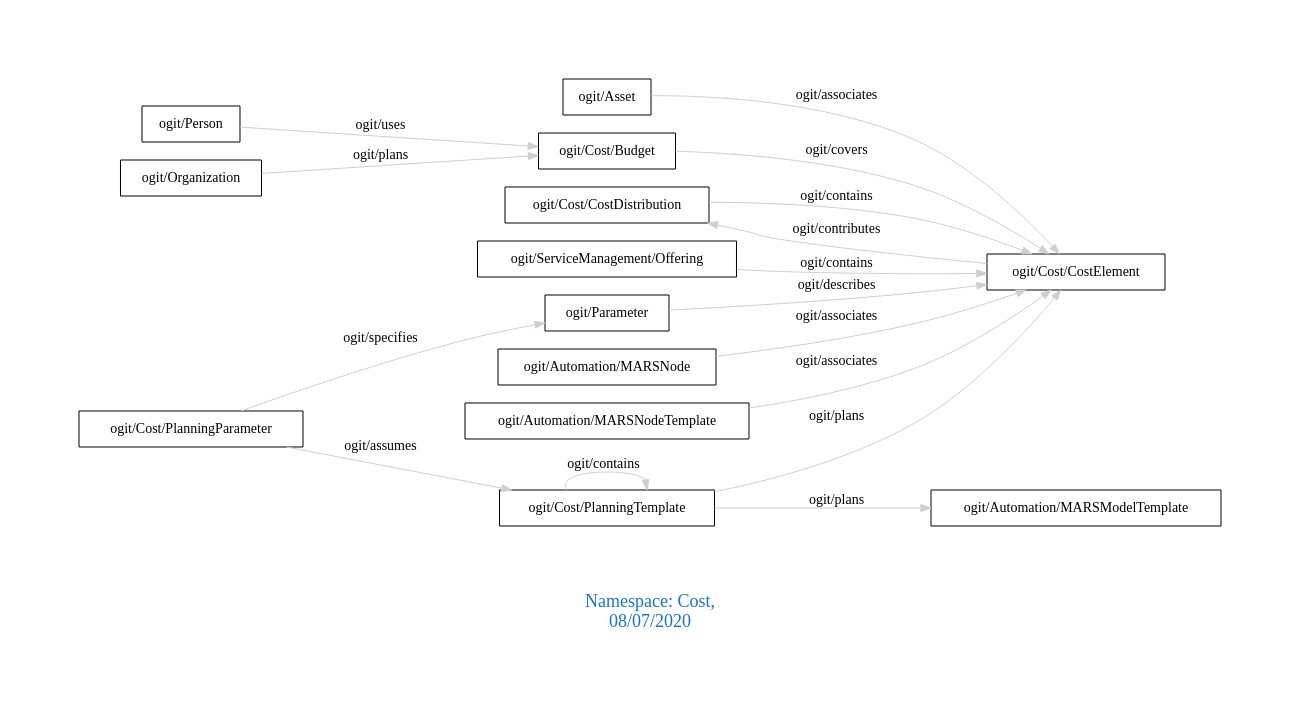
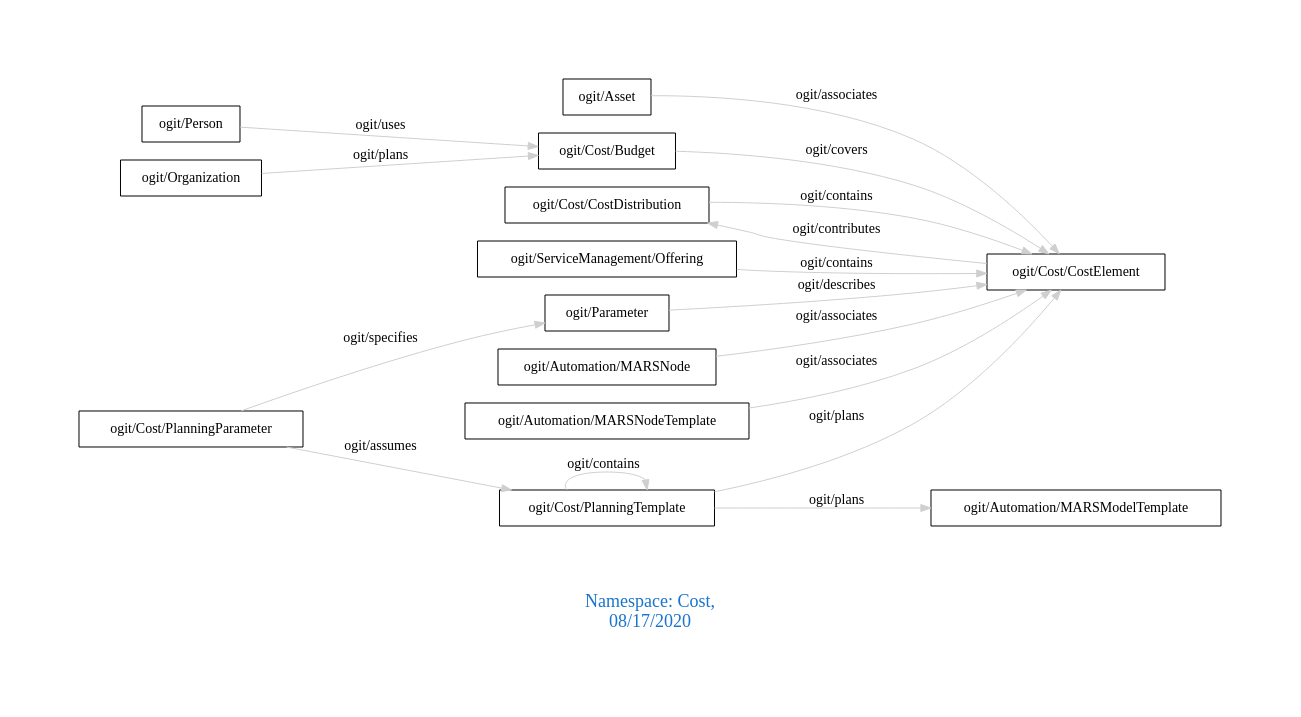
The diagram in downloads/Cost.dot (arago/OGIT), drawn with Graphviz before and after one commit. The commit also changed 1822 other files, not shown here.

```diff
--- a/downloads/Cost.dot
+++ b/downloads/Cost.dot
@@ -1,23 +1,23 @@
 digraph OGIT_ontology {
  graph [ rankdir= LR,pad=1 
 fontsize = 18,
-fontcolor= dodgerblue3,label = "\n\n\nNamespace: Cost, \n 08/07/2020"];
+fontcolor= dodgerblue3,label = "\n\n\nNamespace: Cost, \n 08/17/2020"];
 node[shape=polygon];
 edge [  color="gray81"];
 
    "ogit/Cost/CostDistribution" -> "ogit/Cost/CostElement" [label="   ogit/contains    "];
    "ogit/ServiceManagement/Offering" -> "ogit/Cost/CostElement" [label="   ogit/contains    "];
    "ogit/Cost/PlanningParameter" -> "ogit/Parameter" [label="   ogit/specifies    "];
    "ogit/Cost/Budget" -> "ogit/Cost/CostElement" [label="   ogit/covers    "];
    "ogit/Parameter" -> "ogit/Cost/CostElement" [label="   ogit/describes    "];
    "ogit/Cost/CostElement" -> "ogit/Cost/CostDistribution" [label="   ogit/contributes    "];
    "ogit/Automation/MARSNode" -> "ogit/Cost/CostElement" [label="   ogit/associates    "];
    "ogit/Automation/MARSNodeTemplate" -> "ogit/Cost/CostElement" [label="   ogit/associates    "];
    "ogit/Asset" -> "ogit/Cost/CostElement" [label="   ogit/associates    "];
    "ogit/Person" -> "ogit/Cost/Budget" [label="   ogit/uses    "];
    "ogit/Cost/PlanningTemplate" -> "ogit/Automation/MARSModelTemplate" [label="   ogit/plans    "];
    "ogit/Cost/PlanningTemplate" -> "ogit/Cost/CostElement" [label="   ogit/plans    "];
    "ogit/Organization" -> "ogit/Cost/Budget" [label="   ogit/plans    "];
    "ogit/Cost/PlanningParameter" -> "ogit/Cost/PlanningTemplate" [label="   ogit/assumes    "];
    "ogit/Cost/PlanningTemplate" -> "ogit/Cost/PlanningTemplate" [label="   ogit/contains    "];
 }
```
